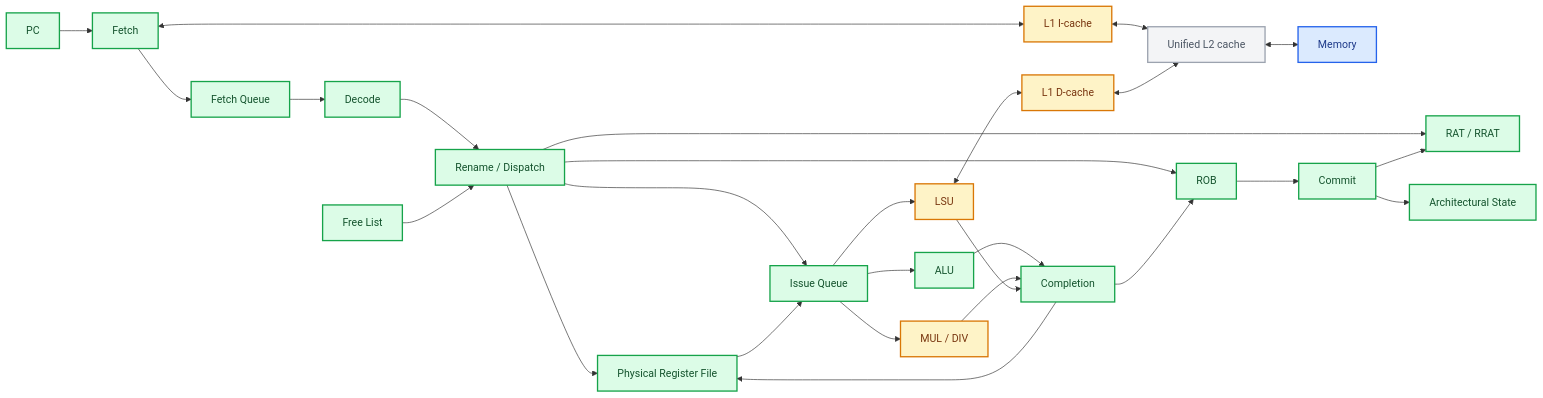
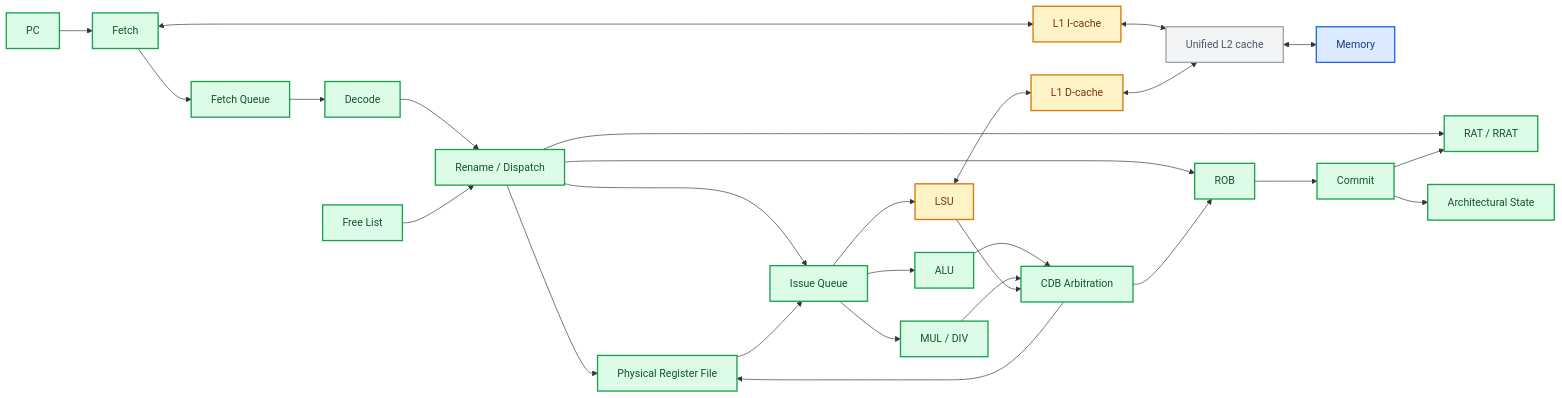
The first of 2 diagrams in README.md (JustinYYZ/rv32im-research-core), drawn with Mermaid before and after one commit. The commit also changed other lines of this file and 8 other files, not shown here.

Commit message:
feat: integrate RV32M execution with CDB arbitration

````diff
--- a/README.md
+++ b/README.md
@@ -46,37 +46,37 @@
 ```mermaid
 flowchart LR
     PC --> FETCH[Fetch]
     FETCH <--> L1I["L1 I-cache"]
     L1I <--> L2["Unified L2 cache"]
     L2 <--> MEM[Memory]
     FETCH --> FQ["Fetch Queue"]
     FQ --> DECODE[Decode]
     DECODE --> RENAME["Rename / Dispatch"]
     RENAME --> RAT["RAT / RRAT"]
     FL["Free List"] --> RENAME
     RENAME --> PRF["Physical Register File"]
     RENAME --> ROB[ROB]
     RENAME --> IQ["Issue Queue"]
     PRF --> IQ
     IQ --> ALU[ALU]
     IQ --> MULDIV["MUL / DIV"]
     IQ --> LSU[LSU]
     LSU <--> L1D["L1 D-cache"]
     L1D <--> L2
-    ALU --> COMPLETE[Completion]
+    ALU --> COMPLETE["CDB Arbitration"]
     MULDIV --> COMPLETE
     LSU --> COMPLETE
     COMPLETE --> PRF
     COMPLETE --> ROB
     ROB --> COMMIT[Commit]
     COMMIT --> RAT
     COMMIT --> ARF["Architectural State"]
     classDef implemented fill:#dcfce7,stroke:#16a34a,color:#14532d,stroke-width:2px
     classDef partial fill:#fef3c7,stroke:#d97706,color:#78350f,stroke-width:2px
     classDef planned fill:#f3f4f6,stroke:#9ca3af,color:#4b5563,stroke-width:2px
     classDef external fill:#dbeafe,stroke:#2563eb,color:#1e3a8a,stroke-width:2px
-    class PC,FETCH,FQ,DECODE,ALU,COMMIT,ARF,ROB,PRF,RAT,FL,IQ,RENAME,COMPLETE implemented
-    class L1I,L1D,MULDIV,LSU partial
+    class PC,FETCH,FQ,DECODE,ALU,MULDIV,COMMIT,ARF,ROB,PRF,RAT,FL,IQ,RENAME,COMPLETE implemented
+    class L1I,L1D,LSU partial
     class L2 planned
     class MEM external
 ```
````
